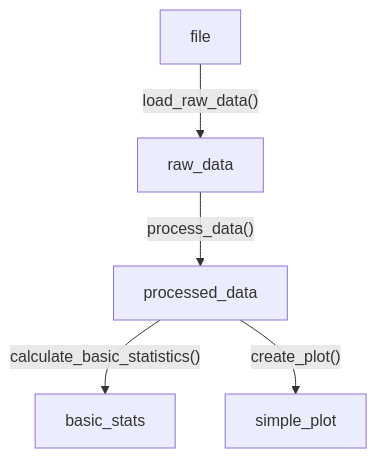
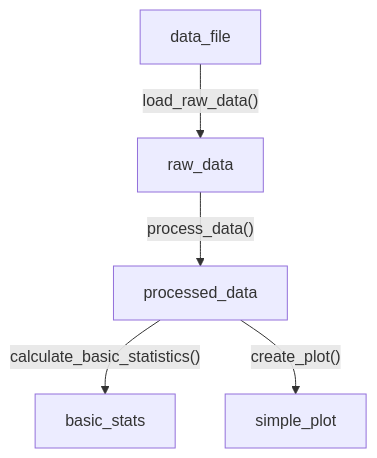
The second of 3 diagrams in sessions/pipelines-setup.qmd (rostools/r-cubed-advanced), drawn with Mermaid before and after one commit. The commit also changed other lines of this file and 4 other files, not shown here.

````diff
--- a/sessions/pipelines-setup.qmd
+++ b/sessions/pipelines-setup.qmd
@@ -345,10 +348,10 @@
 ```{mermaid}
 %%| label: fig-targets-as-flow
 %%| fig-cap: Representing the targets pipeline structure as a flow diagram, where each "node" is an R object and each arrow is the function that converts the object to another object.
 %%| echo: false
 graph TB
-    file -->|"load_raw_data()"| raw_data
+    data_file -->|"load_raw_data()"| raw_data
     raw_data -->|"process_data()"| processed_data
     processed_data -->|"calculate_basic_statistics()"| basic_stats
     processed_data -->|"create_plot()"| simple_plot
 ```
````
